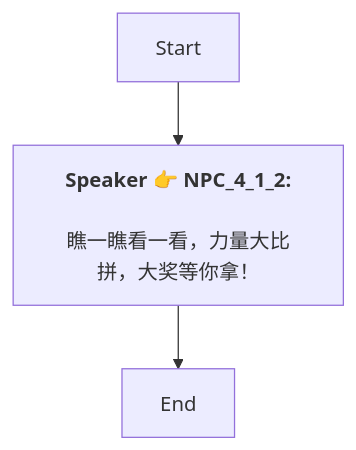
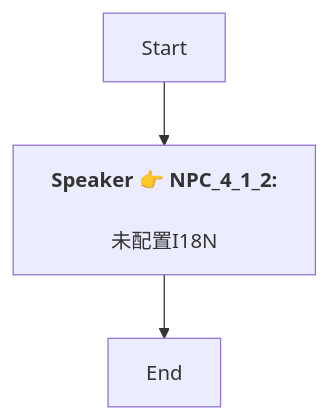
The diagram in Zh/QuestApproachDialogNode_1738889536657567.md (SoftHu/tos_avg), drawn with Mermaid before and after one commit. The commit also changed 780 other files, not shown here.

````diff
--- a/Zh/QuestApproachDialogNode_1738889536657567.md
+++ b/Zh/QuestApproachDialogNode_1738889536657567.md
@@ -1,7 +1,7 @@
 ```mermaid
 graph
 Start -->1739078190976242[<b>Speaker 👉 NPC_4_1_2:</b>
-\n瞧一瞧看一看，力量大比拼，大奖等你拿！]
+\n未配置I18N]
 1739078190976242 -->1738891203834019[End]
 
 ```
````
